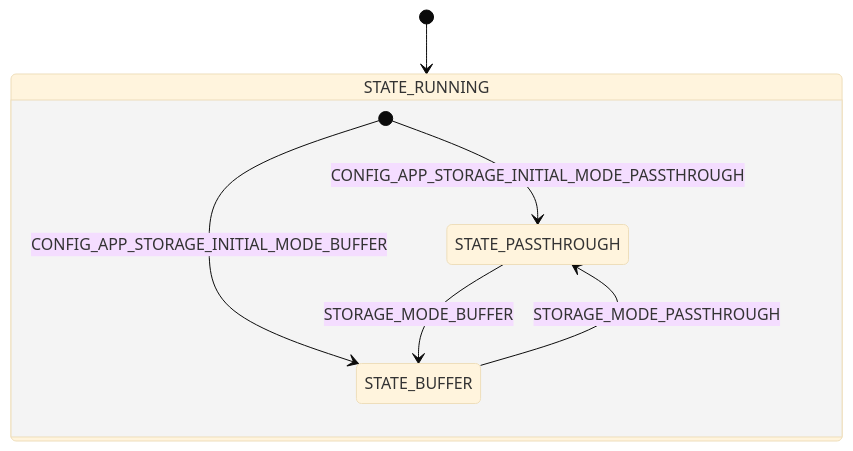
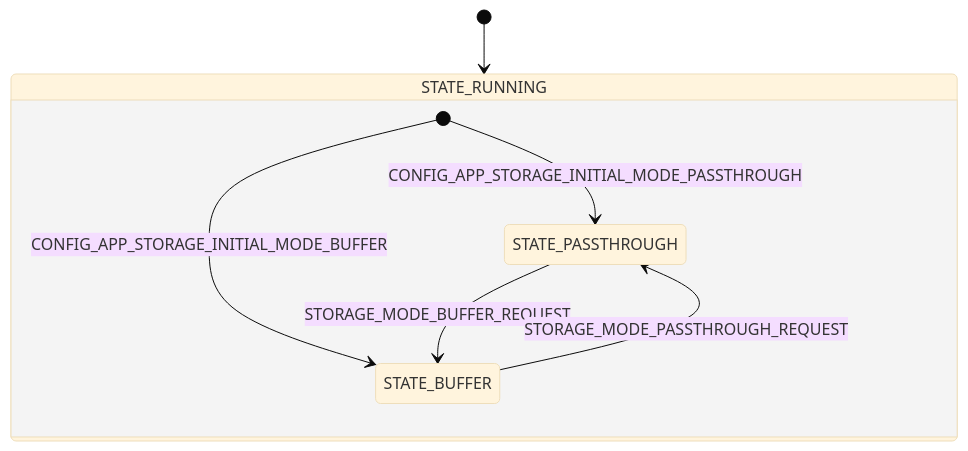
The diagram in docs/modules/storage.md (nrfconnect/Asset-Tracker-Template), drawn with Mermaid (base theme) before and after one commit. The commit also changed other lines of this file, not shown here.

First line of the commit message:
docs: storage: Update docs to align with new defaults and cleanup

````diff
--- a/docs/modules/storage.md
+++ b/docs/modules/storage.md
@@ -22,12 +16,12 @@
 ```mermaid
 stateDiagram-v2
     [*] --> STATE_RUNNING
 
     state STATE_RUNNING {
         [*] --> STATE_PASSTHROUGH: CONFIG_APP_STORAGE_INITIAL_MODE_PASSTHROUGH
         [*] --> STATE_BUFFER: CONFIG_APP_STORAGE_INITIAL_MODE_BUFFER
 
-        STATE_PASSTHROUGH --> STATE_BUFFER: STORAGE_MODE_BUFFER
-        STATE_BUFFER --> STATE_PASSTHROUGH: STORAGE_MODE_PASSTHROUGH
+        STATE_PASSTHROUGH --> STATE_BUFFER: STORAGE_MODE_BUFFER_REQUEST
+        STATE_BUFFER --> STATE_PASSTHROUGH: STORAGE_MODE_PASSTHROUGH_REQUEST
     }
 ```
````
